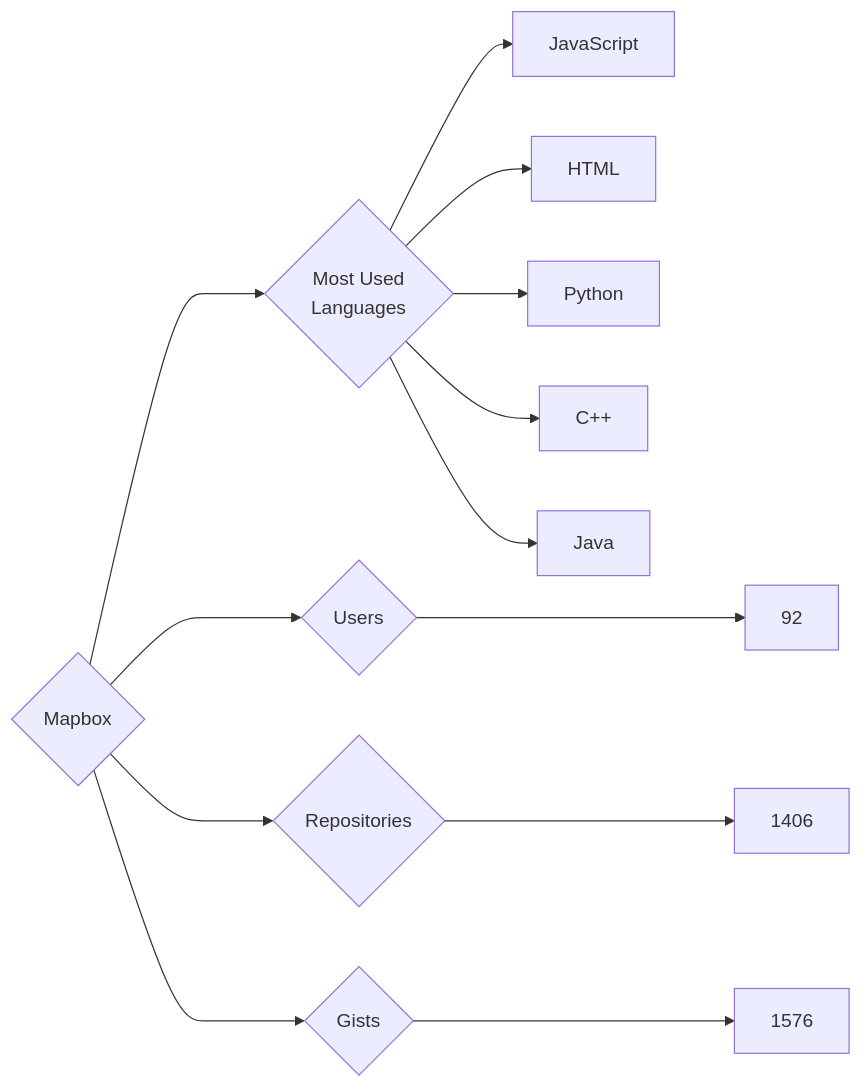
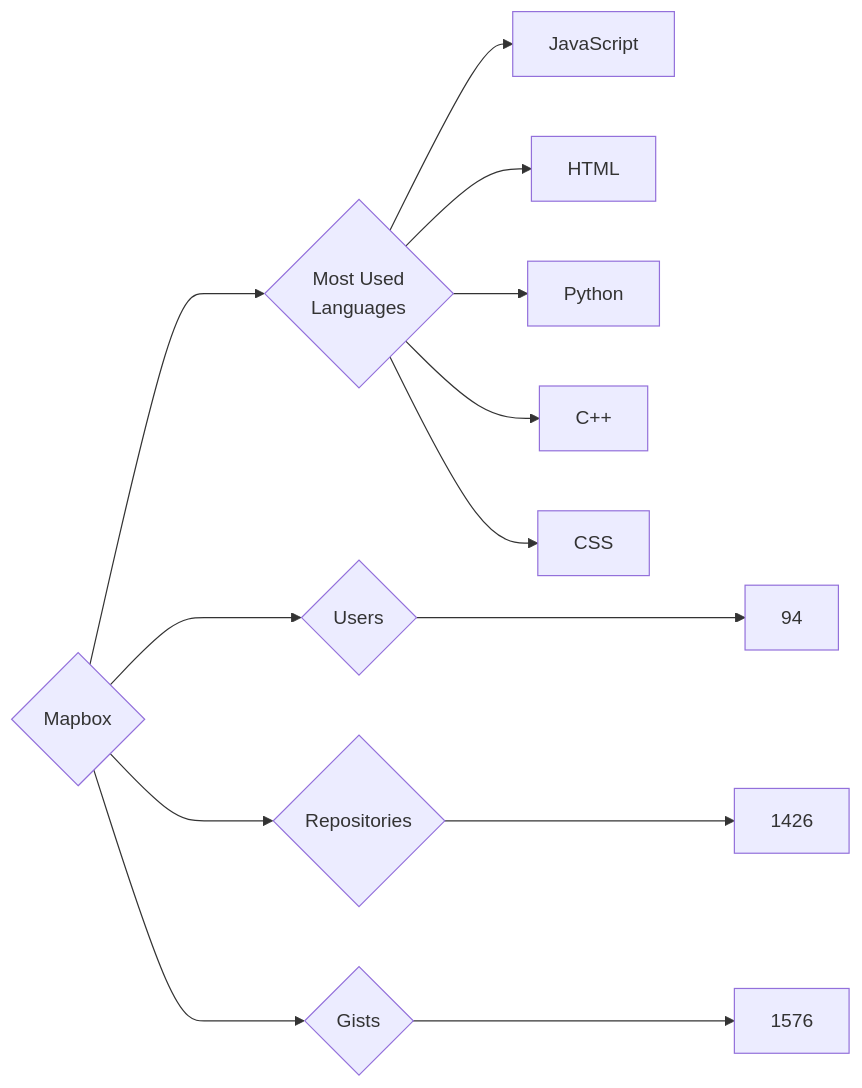
Before and after one commit to trickest/insiders: the diagram in targets/Mapbox/README.md, drawn with Mermaid. The commit also changed 682 other files, not shown here.

````diff
--- a/targets/Mapbox/README.md
+++ b/targets/Mapbox/README.md
@@ -3,13 +3,13 @@
 ```mermaid
 graph LR
 COMPANY_NAME{Mapbox}
-COMPANY_NAME ---> U{Users} ---> UN[92]
-COMPANY_NAME ---> R{Repositories} ---> RN[1406]
+COMPANY_NAME ---> U{Users} ---> UN[94]
+COMPANY_NAME ---> R{Repositories} ---> RN[1426]
 COMPANY_NAME ---> G{Gists} ---> GN[1576]
 COMPANY_NAME ---> ML{Most Used<br>Languages}
 ML --> JavaScript[JavaScript]
 ML --> HTML[HTML]
 ML --> Python[Python]
 ML --> C++[C++]
-ML --> Java[Java]
+ML --> CSS[CSS]
 ```
````
